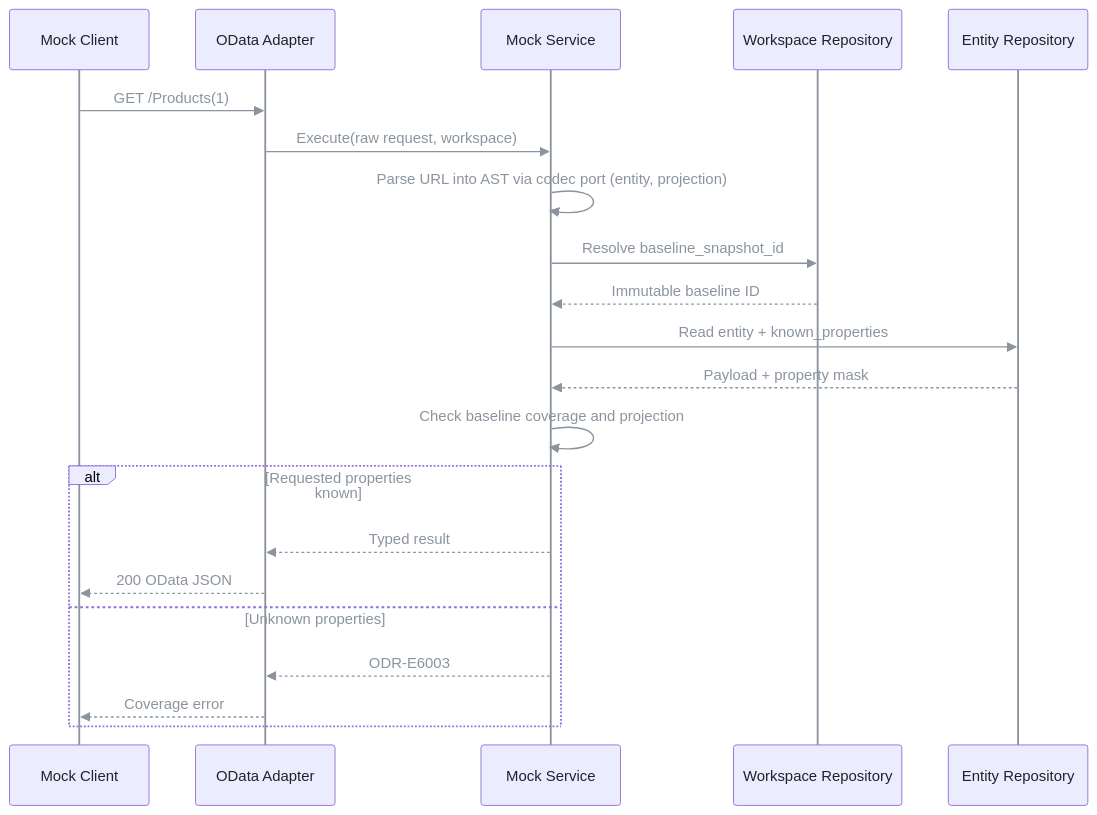
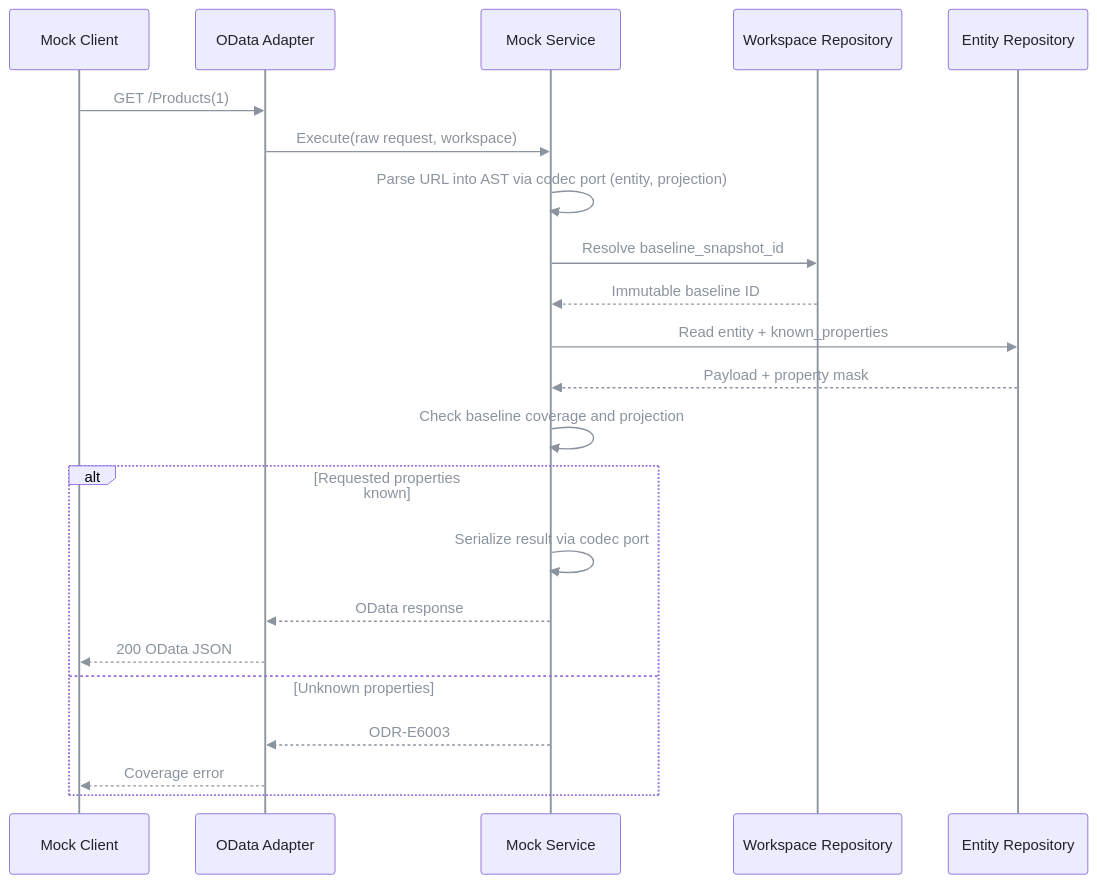
Before and after one commit to pt9912/odata-recorder: the ninth of 11 diagrams in spec/architecture.md, drawn with Mermaid. The commit also changed other lines of this file and 3 other files, not shown here.

````diff
--- a/spec/architecture.md
+++ b/spec/architecture.md
@@ -411,24 +424,25 @@
 ```mermaid
 %%{init: {'themeVariables': {'lineColor': '#8b949e', 'signalColor': '#8b949e', 'signalTextColor': '#8b949e', 'actorLineColor': '#8b949e', 'loopTextColor': '#8b949e', 'textColor': '#c9d1d9', 'primaryTextColor': '#1f2328', 'nodeTextColor': '#1f2328', 'actorTextColor': '#1f2328', 'noteTextColor': '#1f2328', 'edgeLabelBackground': '#30363d'}}}%%
 sequenceDiagram
     participant C as Mock Client
     participant H as OData Adapter
     participant M as Mock Service
     participant W as Workspace Repository
     participant E as Entity Repository
     C->>H: GET /Products(1)
     H->>M: Execute(raw request, workspace)
     M->>M: Parse URL into AST via codec port (entity, projection)
     M->>W: Resolve baseline_snapshot_id
     W-->>M: Immutable baseline ID
     M->>E: Read entity + known_properties
     E-->>M: Payload + property mask
     M->>M: Check baseline coverage and projection
     alt Requested properties known
-      M-->>H: Typed result
+      M->>M: Serialize result via codec port
+      M-->>H: OData response
       H-->>C: 200 OData JSON
     else Unknown properties
       M-->>H: ODR-E6003
       H-->>C: Coverage error
     end
 ```
````
